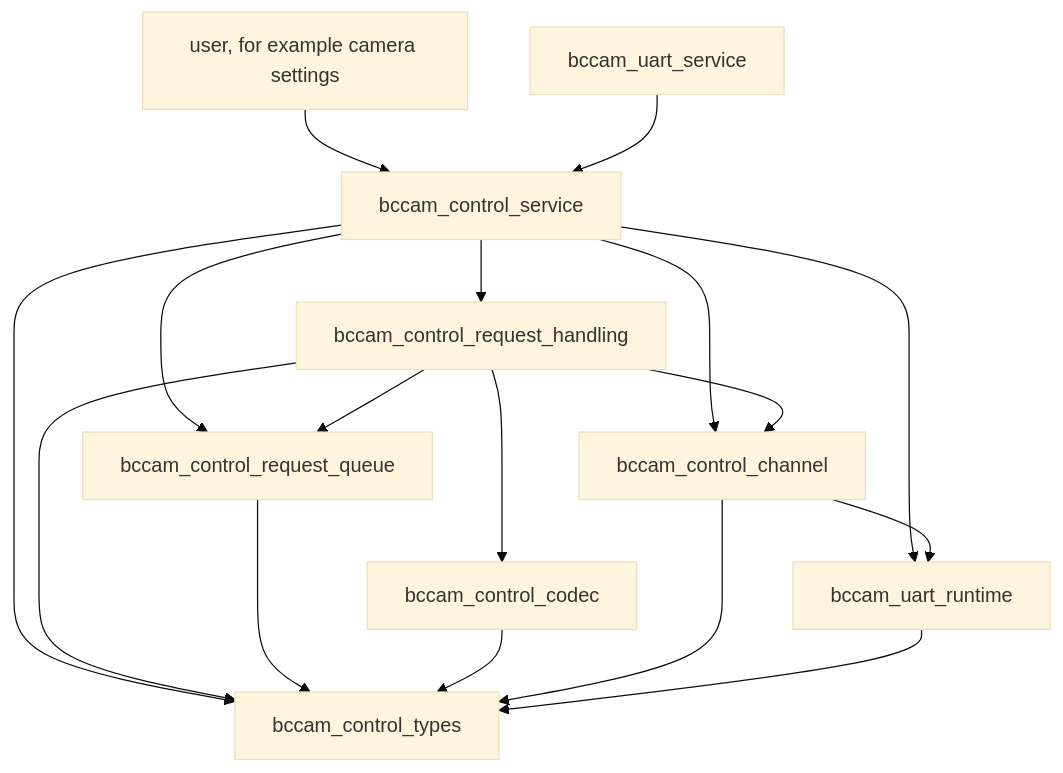
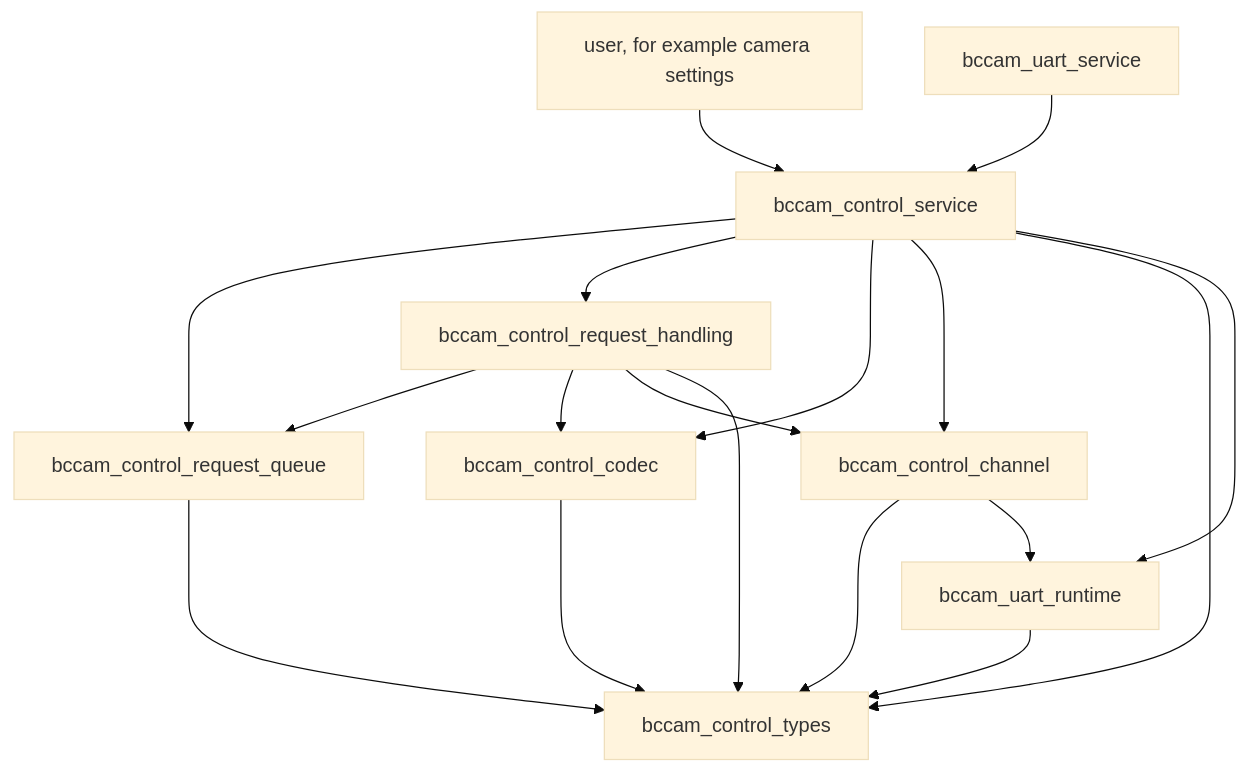
One commit to bitcraze/crazyflie-firmware changed the third of 12 diagrams in docs/functional-areas/camera-deck-control.md. Above: the diagram before and after it, drawn with Mermaid (base theme). The commit also changed other lines of this file, not shown here.

````diff
--- a/docs/functional-areas/camera-deck-control.md
+++ b/docs/functional-areas/camera-deck-control.md
@@ -326,35 +349,36 @@
 ```mermaid
 flowchart TB
     user["user, for example camera settings"]
     uart_service["bccam_uart_service"]
 
     service["bccam_control_service"]
     handling["bccam_control_request_handling"]
     queue["bccam_control_request_queue"]
     codec["bccam_control_codec"]
     channel["bccam_control_channel"]
 
     types["bccam_control_types"]
     runtime["bccam_uart_runtime"]
 
     user --> service
     uart_service --> service
 
     service --> queue
     service --> handling
+    service --> codec
     service --> channel
 
     handling --> queue
     handling --> codec
     handling --> channel
 
     service --> types
     handling --> types
     queue --> types
     codec --> types
     channel --> types
 
     service --> runtime
     channel --> runtime
     runtime --> types
 ```
````
